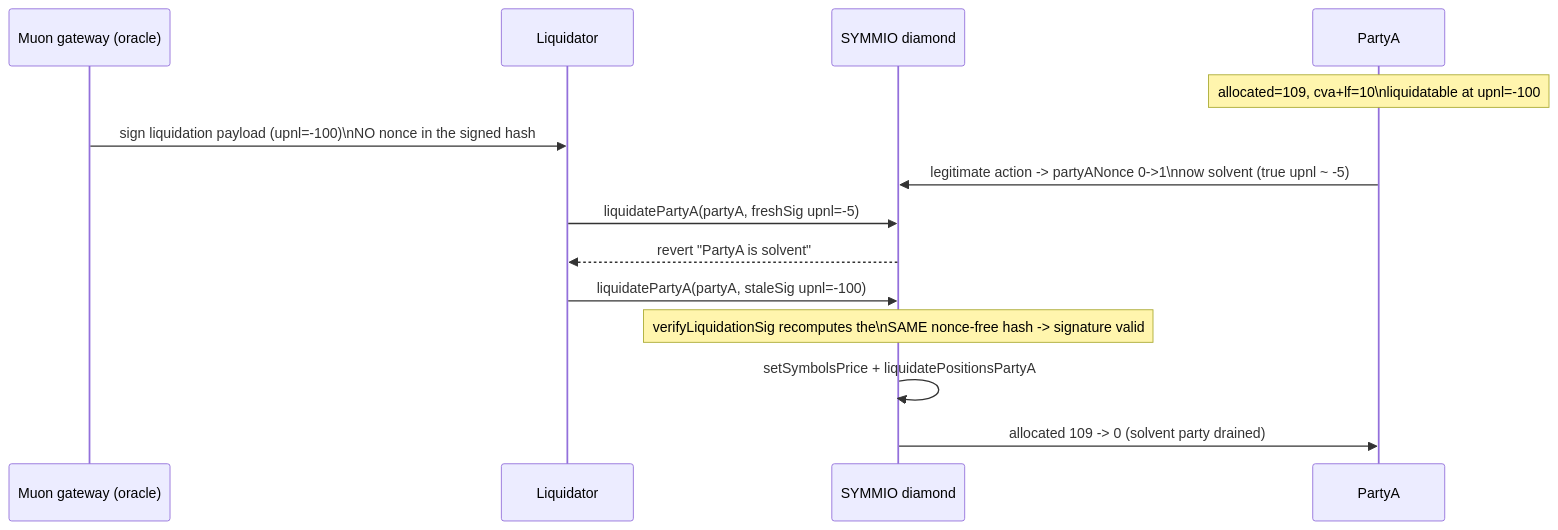
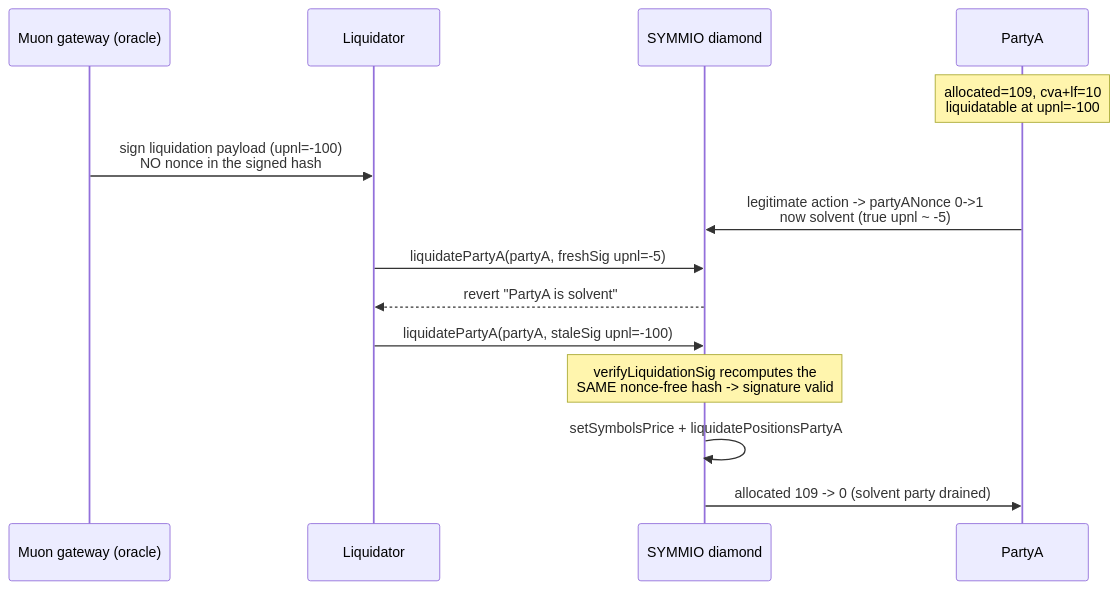
The diagram in 26346-h-1-liquidatepartya-requires-signature-which-doesnt-have-non_exp/26346-h-1-liquidatepartya-requires-signature-which-doesnt-have-non_exp.md (sanbir/evm-hack-registry), drawn with Mermaid before and after one commit. The commit also changed 23 other files, not shown here.

````diff
--- a/26346-h-1-liquidatepartya-requires-signature-which-doesnt-have-non_exp/26346-h-1-liquidatepartya-requires-signature-which-doesnt-have-non_exp.md
+++ b/26346-h-1-liquidatepartya-requires-signature-which-doesnt-have-non_exp/26346-h-1-liquidatepartya-requires-signature-which-doesnt-have-non_exp.md
@@ -71,17 +71,17 @@
 ```mermaid
 sequenceDiagram
     participant G as Muon gateway (oracle)
     participant L as Liquidator
     participant S as SYMMIO diamond
     participant A as PartyA
 
-    Note over A: allocated=109, cva+lf=10\nliquidatable at upnl=-100
-    G->>L: sign liquidation payload (upnl=-100)\nNO nonce in the signed hash
-    A->>S: legitimate action -> partyANonce 0->1\nnow solvent (true upnl ~ -5)
+    Note over A: allocated=109, cva+lf=10<br/>liquidatable at upnl=-100
+    G->>L: sign liquidation payload (upnl=-100)<br/>NO nonce in the signed hash
+    A->>S: legitimate action -> partyANonce 0->1<br/>now solvent (true upnl ~ -5)
     L->>S: liquidatePartyA(partyA, freshSig upnl=-5)
     S-->>L: revert "PartyA is solvent"
     L->>S: liquidatePartyA(partyA, staleSig upnl=-100)
-    Note over S: verifyLiquidationSig recomputes the\nSAME nonce-free hash -> signature valid
+    Note over S: verifyLiquidationSig recomputes the<br/>SAME nonce-free hash -> signature valid
     S->>S: setSymbolsPrice + liquidatePositionsPartyA
     S->>A: allocated 109 -> 0 (solvent party drained)
 ```
````
